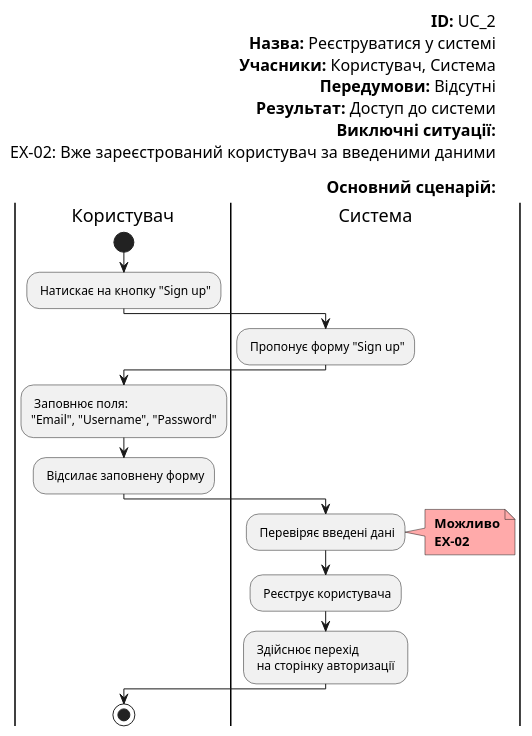
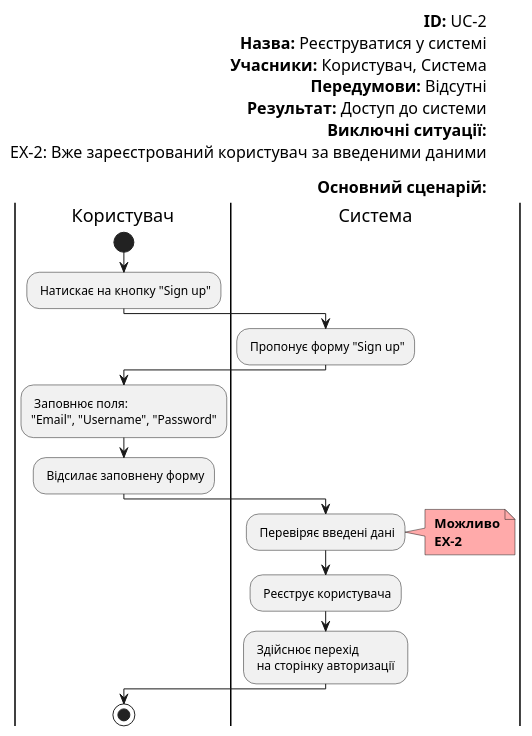
The fourth of 14 diagrams in docs/use cases/README.md (JenyaFTW/expert-management-system), drawn with PlantUML before and after one commit. The commit also changed other lines of this file, not shown here.

```diff
--- a/docs/use cases/README.md
+++ b/docs/use cases/README.md
@@ -136,33 +136,33 @@
 @startuml
 
     left header
-        <font color=000 size=16><b>ID:</b> UC_2
+        <font color=000 size=16><b>ID:</b> UC-2
         <font color=000 size=16><b>Назва:</b> Реєструватися у системі
         <font color=000 size=16><b>Учасники:</b> Користувач, Система
         <font color=000 size=16><b>Передумови:</b> Відсутні
         <font color=000 size=16><b>Результат:</b> Доступ до системи
         <font color=000 size=16><b>Виключні ситуації:</b>
-        <font color=000 size=16>EX-02: Вже зареєстрований користувач за введеними даними
+        <font color=000 size=16>EX-2: Вже зареєстрований користувач за введеними даними
         
         <font color=000 size=16><b>Основний сценарій:</b>
     end header
 
     |Користувач|
         start
         : Натискає на кнопку "Sign up";
     |Система|
         : Пропонує форму "Sign up";
     |Користувач|
         : Заповнює поля:\n"Email", "Username", "Password";
         : Відсилає заповнену форму;
     |Система|
         : Перевіряє введені дані;
         note right #ffaaaa
         <b> Можливо
-        <b> EX-02
+        <b> EX-2
         end note
         : Реєструє користувача;
         : Здійснює перехід\n на сторінку авторизації ;
     |Користувач|
         stop;
 @enduml
```
